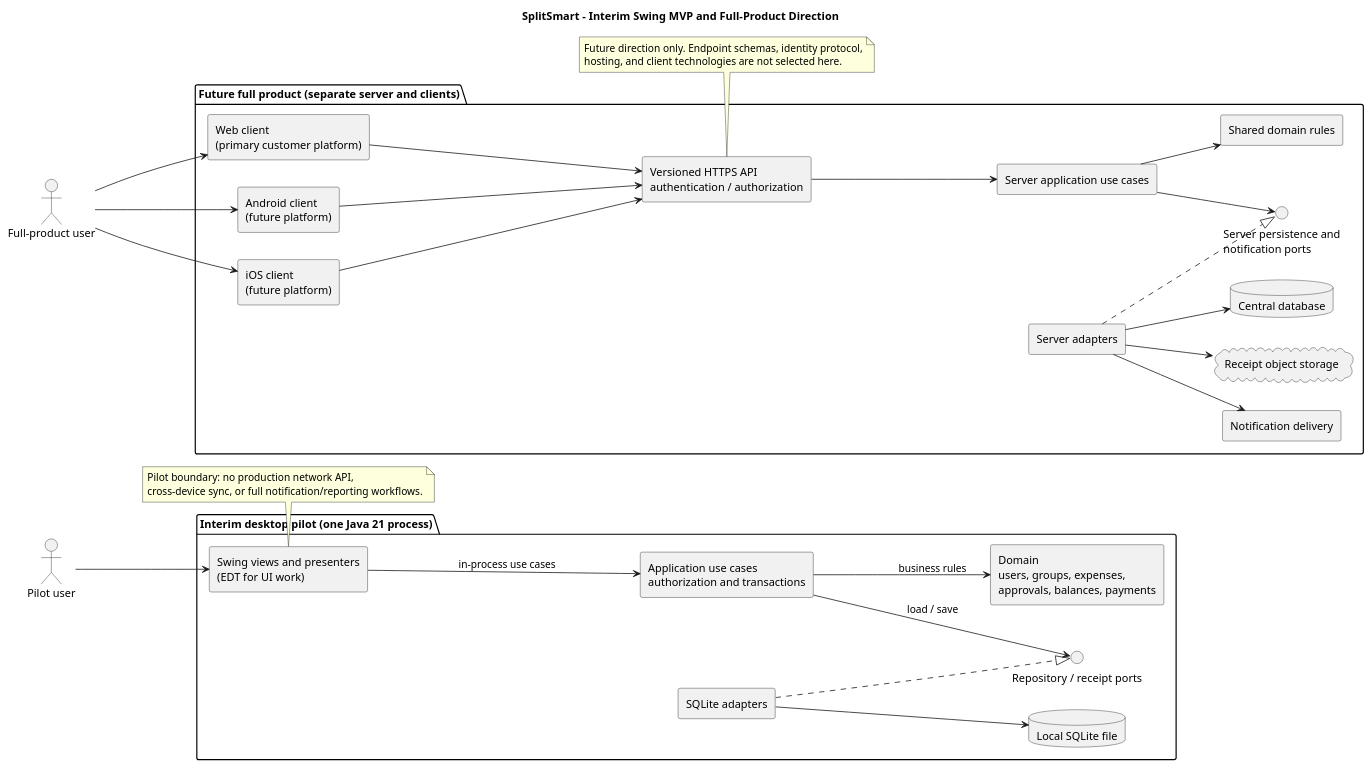
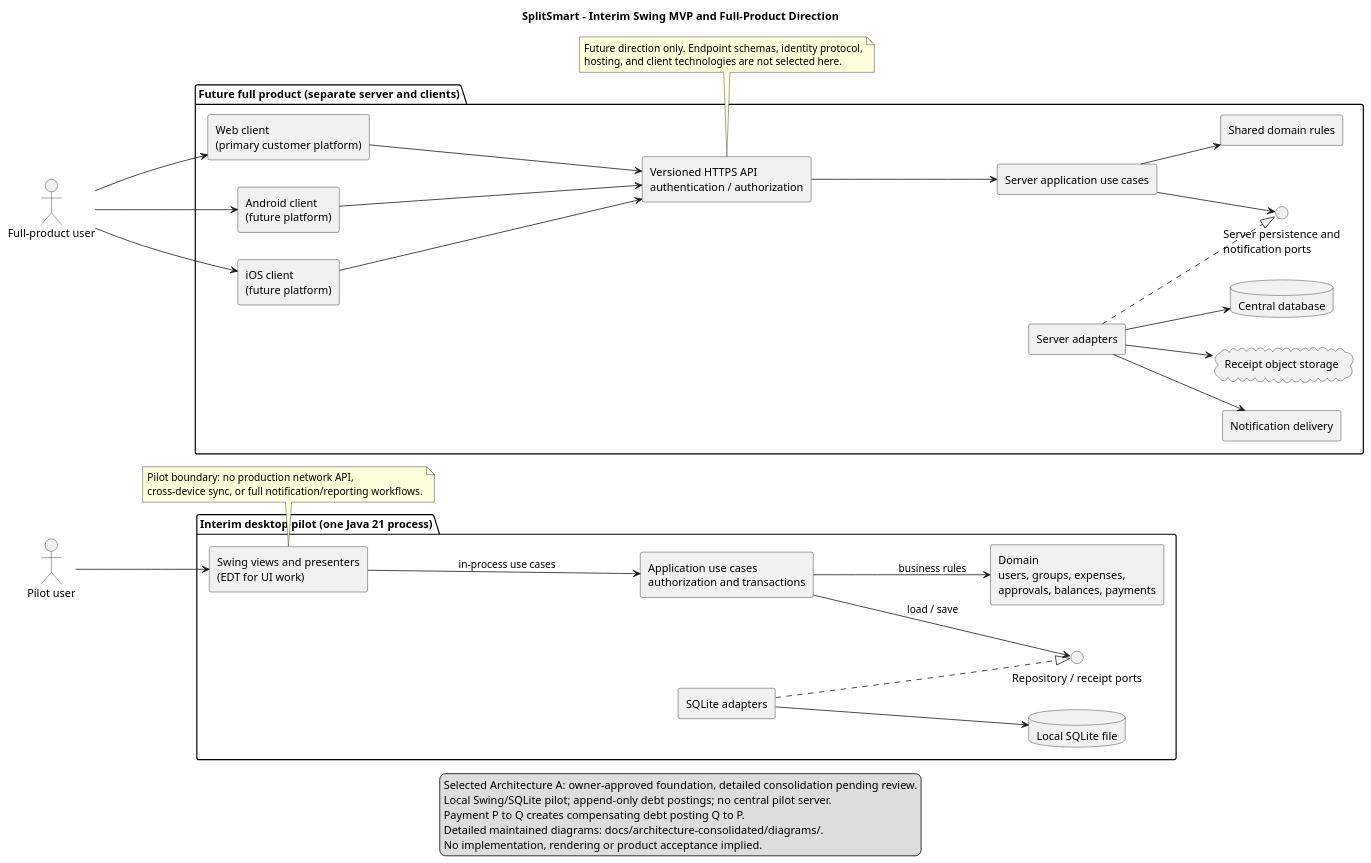
Before and after one commit to khifah/Lab-6-CIS-285: the diagram in specs/001-split-expense-tracking/architecture.puml, drawn with PlantUML. The commit also changed 22 other files, not shown here.

Commit message:
Complete SplitSmart architecture consolidation

```diff
--- a/specs/001-split-expense-tracking/architecture.puml
+++ b/specs/001-split-expense-tracking/architecture.puml
@@ -1,61 +1,68 @@
 @startuml
 title SplitSmart - Interim Swing MVP and Full-Product Direction
+legend bottom
+Selected Architecture A: owner-approved foundation, detailed consolidation pending review.
+Local Swing/SQLite pilot; append-only debt postings; no central pilot server.
+Payment P to Q creates compensating debt posting Q to P.
+Detailed maintained diagrams: docs/architecture-consolidated/diagrams/.
+No implementation, rendering or product acceptance implied.
+endlegend
 left to right direction
 skinparam componentStyle rectangle
 
 actor "Pilot user" as pilotUser
 actor "Full-product user" as fullUser
 
 package "Interim desktop pilot (one Java 21 process)" {
   component "Swing views and presenters\n(EDT for UI work)" as swing
   component "Application use cases\nauthorization and transactions" as pilotApp
   component "Domain\nusers, groups, expenses,\napprovals, balances, payments" as pilotDomain
   interface "Repository / receipt ports" as pilotPorts
   component "SQLite adapters" as sqliteAdapter
   database "Local SQLite file" as sqlite
 
   pilotUser --> swing
   swing --> pilotApp : in-process use cases
   pilotApp --> pilotDomain : business rules
   pilotApp --> pilotPorts : load / save
   sqliteAdapter ..|> pilotPorts
   sqliteAdapter --> sqlite
 }
 
 package "Future full product (separate server and clients)" {
   component "Web client\n(primary customer platform)" as web
   component "Android client\n(future platform)" as android
   component "iOS client\n(future platform)" as ios
   component "Versioned HTTPS API\nauthentication / authorization" as api
   component "Server application use cases" as serverApp
   component "Shared domain rules" as serverDomain
   interface "Server persistence and\nnotification ports" as serverPorts
   component "Server adapters" as serverAdapter
   database "Central database" as centralDb
   component "Notification delivery" as notification
   cloud "Receipt object storage" as receiptStore
 
   fullUser --> web
   fullUser --> android
   fullUser --> ios
   web --> api
   android --> api
   ios --> api
   api --> serverApp
   serverApp --> serverDomain
   serverApp --> serverPorts
   serverAdapter ..|> serverPorts
   serverAdapter --> centralDb
   serverAdapter --> notification
   serverAdapter --> receiptStore
 }
 
 note bottom of swing
 Pilot boundary: no production network API,
 cross-device sync, or full notification/reporting workflows.
 end note
 note bottom of api
 Future direction only. Endpoint schemas, identity protocol,
 hosting, and client technologies are not selected here.
 end note
 @enduml
```
